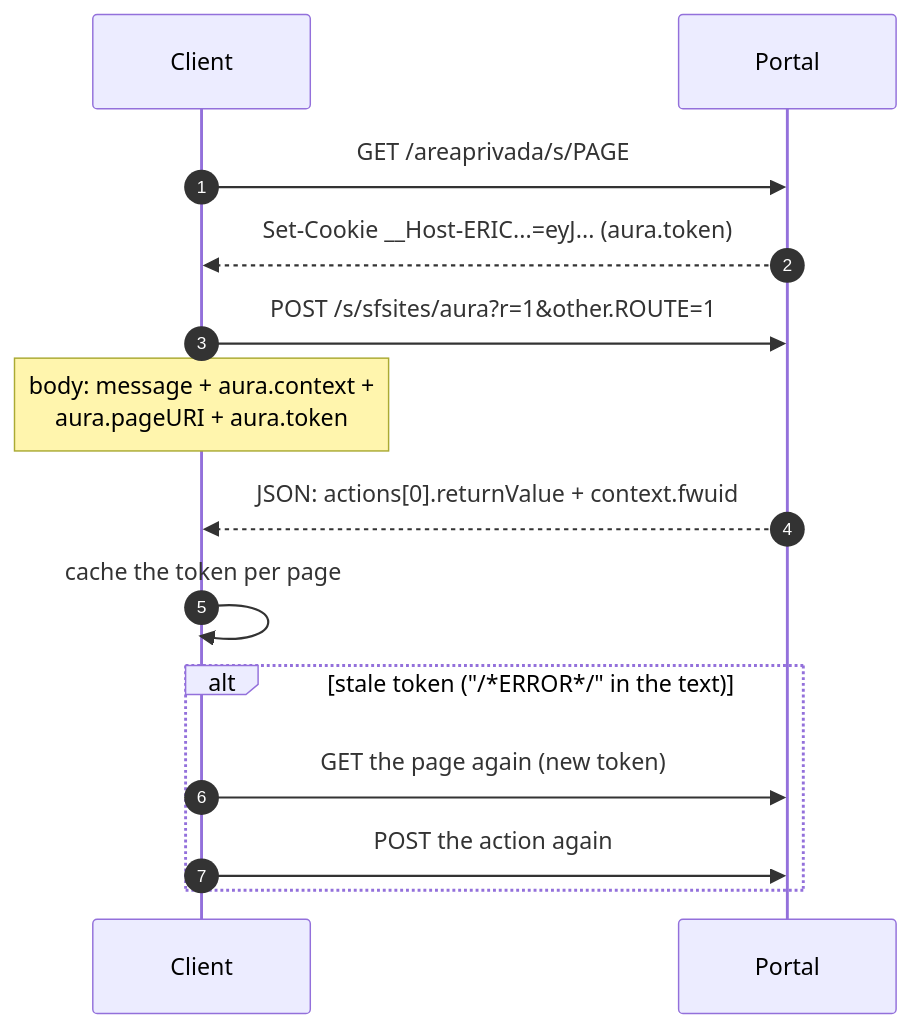
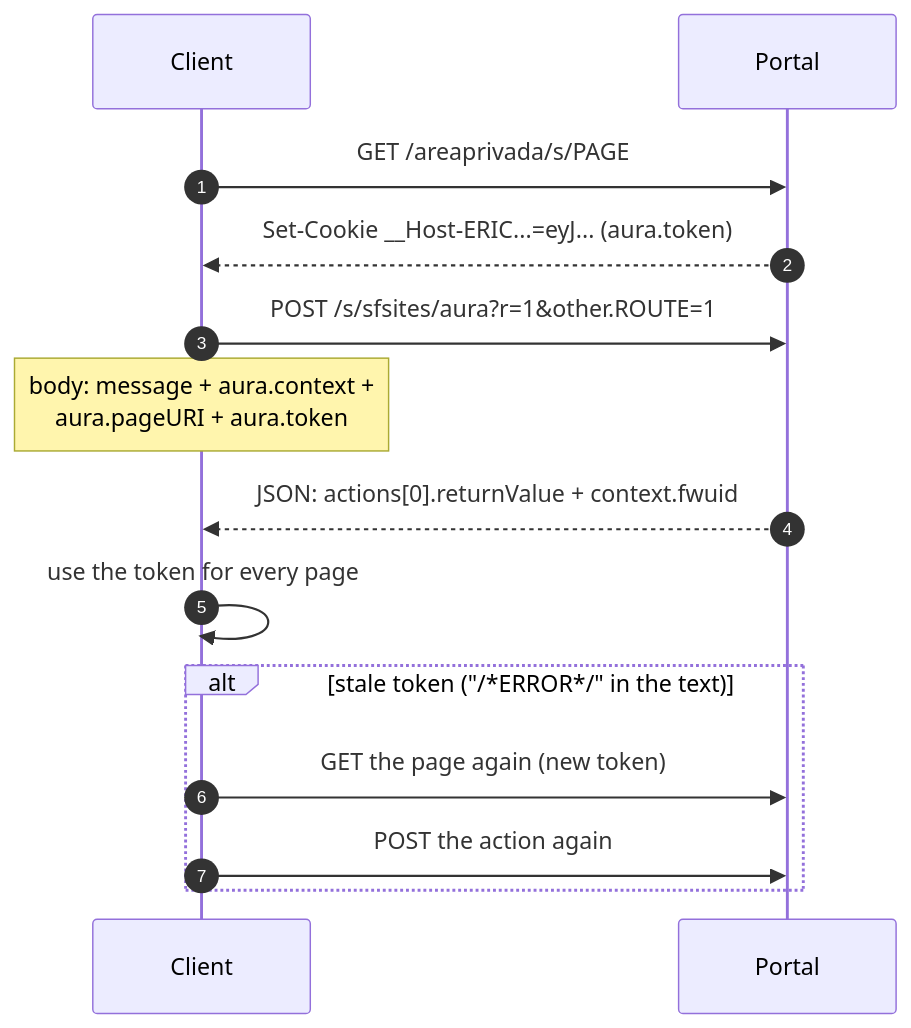
Before and after one commit to jacano/edistribucion-client: the second of 7 diagrams in docs/ARCHITECTURE.md, drawn with Mermaid. The commit also changed other lines of this file and 4 other files, not shown here.

````diff
--- a/docs/ARCHITECTURE.md
+++ b/docs/ARCHITECTURE.md
@@ -33,16 +33,16 @@
 ```mermaid
 sequenceDiagram
     autonumber
     participant C as Client
     participant P as Portal
     C->>P: GET /areaprivada/s/PAGE
     P-->>C: Set-Cookie __Host-ERIC...=eyJ... (aura.token)
     C->>P: POST /s/sfsites/aura?r=1&other.ROUTE=1
     Note over C: body: message + aura.context +<br/>aura.pageURI + aura.token
     P-->>C: JSON: actions[0].returnValue + context.fwuid
-    C->>C: cache the token per page
+    C->>C: use the token for every page
     alt stale token ("/*ERROR*/" in the text)
         C->>P: GET the page again (new token)
         C->>P: POST the action again
     end
 ```
````
